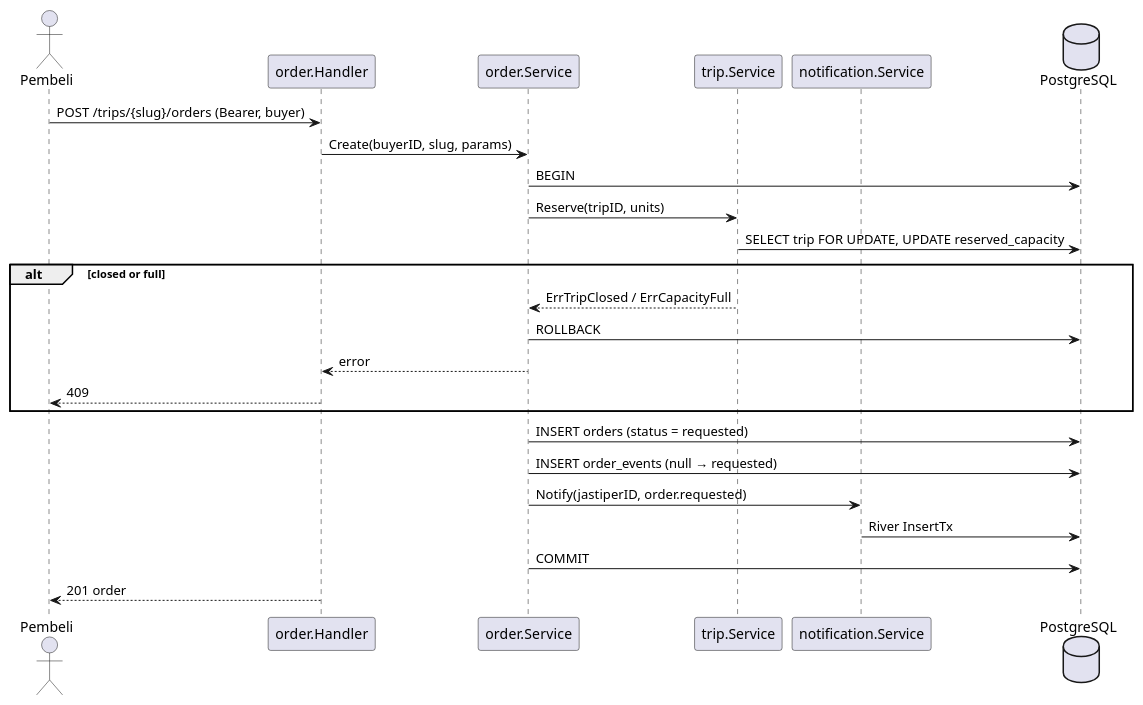
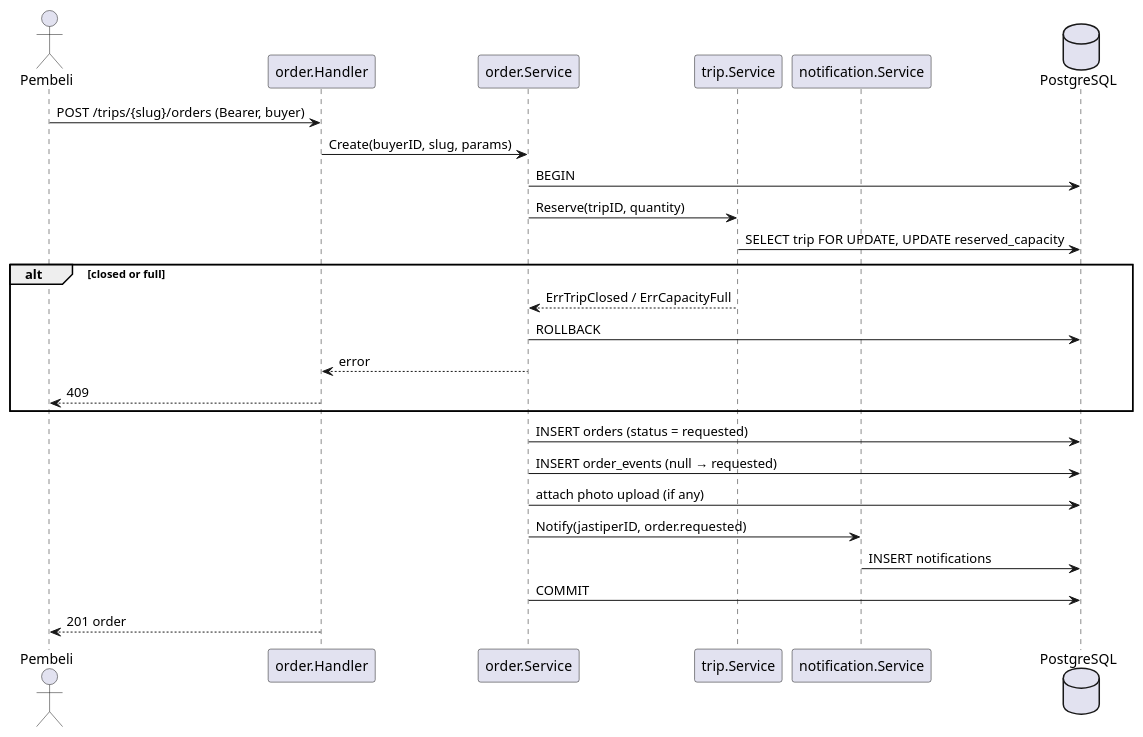
The third of 5 diagrams in docs/features/order.md (Titip-Dong/titipdong-be), drawn with PlantUML before and after one commit. The commit also changed other lines of this file and 11 other files, not shown here.

````diff
--- a/docs/features/order.md
+++ b/docs/features/order.md
@@ -191,28 +203,29 @@
 ```plantuml
 @startuml
 actor Pembeli
 participant "order.Handler" as H
 participant "order.Service" as S
 participant "trip.Service" as T
 participant "notification.Service" as N
 database PostgreSQL as DB
 
 Pembeli -> H : POST /trips/{slug}/orders (Bearer, buyer)
 H -> S : Create(buyerID, slug, params)
 S -> DB : BEGIN
-S -> T : Reserve(tripID, units)
+S -> T : Reserve(tripID, quantity)
 T -> DB : SELECT trip FOR UPDATE, UPDATE reserved_capacity
 alt closed or full
   T --> S : ErrTripClosed / ErrCapacityFull
   S -> DB : ROLLBACK
   S --> H : error
   H --> Pembeli : 409
 end
 S -> DB : INSERT orders (status = requested)
 S -> DB : INSERT order_events (null → requested)
+S -> DB : attach photo upload (if any)
 S -> N : Notify(jastiperID, order.requested)
-N -> DB : River InsertTx
+N -> DB : INSERT notifications
 S -> DB : COMMIT
 H --> Pembeli : 201 order
 @enduml
 ```
````
